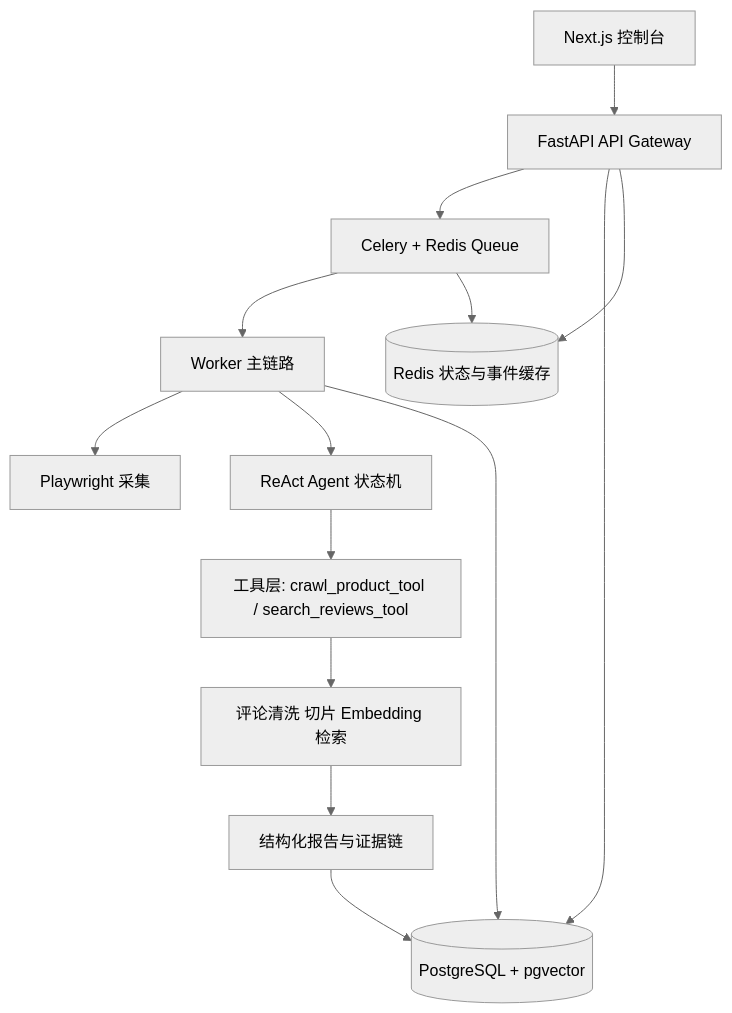
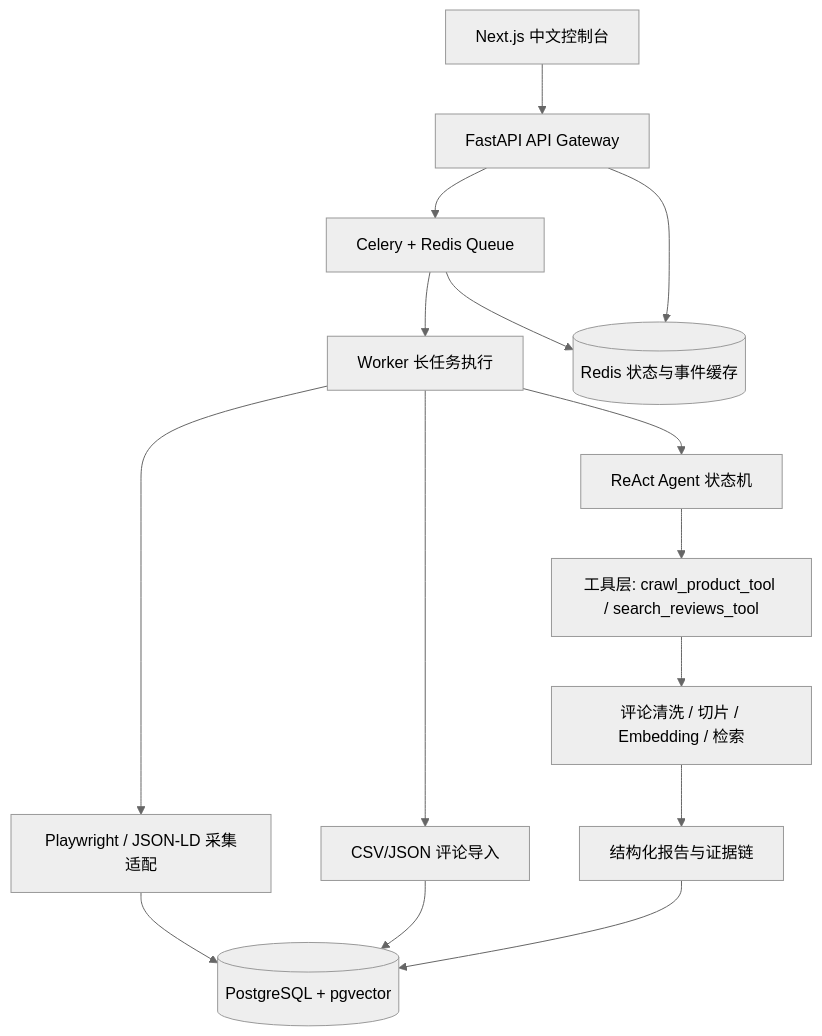
The diagram in README.md (xiaoluo566/marketmind-agent), drawn with Mermaid (neutral theme) before and after one commit. The commit also changed other lines of this file and 36 other files, not shown here.

````diff
--- a/README.md
+++ b/README.md
@@ -15,16 +29,17 @@
 ```mermaid
 flowchart TD
-    UI[Next.js 控制台] --> API[FastAPI API Gateway]
+    UI[Next.js 中文控制台] --> API[FastAPI API Gateway]
     API --> Queue[Celery + Redis Queue]
-    Queue --> Worker[Worker 主链路]
-    Worker --> Crawler[Playwright 采集]
+    Queue --> Worker[Worker 长任务执行]
+    Worker --> Crawler[Playwright / JSON-LD 采集适配]
+    Worker --> Importer[CSV/JSON 评论导入]
     Worker --> Agent[ReAct Agent 状态机]
     Agent --> Tools[工具层: crawl_product_tool / search_reviews_tool]
-    Tools --> RAG[评论清洗 切片 Embedding 检索]
+    Importer --> PG[(PostgreSQL + pgvector)]
+    Crawler --> PG
+    Tools --> RAG[评论清洗 / 切片 / Embedding / 检索]
     RAG --> Report[结构化报告与证据链]
-    API --> PG[(PostgreSQL + pgvector)]
-    Worker --> PG
     Report --> PG
-    Queue --> Redis[(Redis 状态与事件缓存)]
-    API --> Redis
+    API --> Redis[(Redis 状态与事件缓存)]
+    Queue --> Redis
 ```
````
